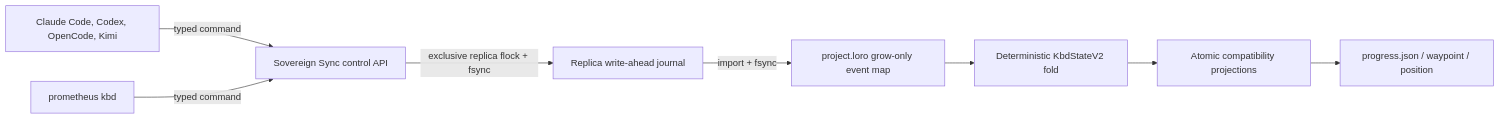
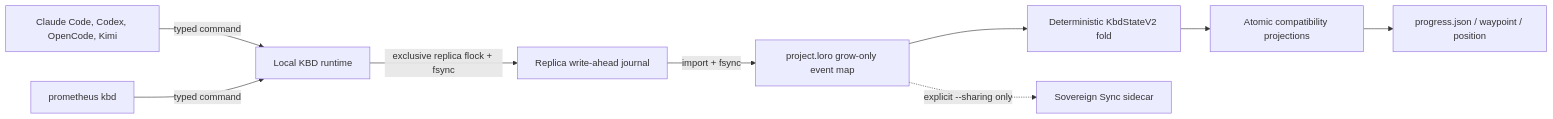
Before and after one commit to Prometheus-AGS/prometheus-skill-system: the diagram in site/docs/kbd/control-plane.md, drawn with Mermaid. The commit also changed other lines of this file and 12 other files, not shown here.

Commit message:
docs(kbd): publish local-first recovery and refresh

````diff
--- a/site/docs/kbd/control-plane.md
+++ b/site/docs/kbd/control-plane.md
@@ -16,10 +17,11 @@
 ```mermaid
 flowchart LR
-    H["Claude Code, Codex, OpenCode, Kimi"] -->|"typed command"| C["Sovereign Sync control API"]
-    CLI["prometheus kbd"] -->|"typed command"| C
-    C -->|"exclusive replica flock + fsync"| E["Replica write-ahead journal"]
+    H["Claude Code, Codex, OpenCode, Kimi"] -->|"typed command"| R["Local KBD runtime"]
+    CLI["prometheus kbd"] -->|"typed command"| R
+    R -->|"exclusive replica flock + fsync"| E["Replica write-ahead journal"]
     E -->|"import + fsync"| L["project.loro grow-only event map"]
     L --> S["Deterministic KbdStateV2 fold"]
     S --> P["Atomic compatibility projections"]
     P --> F["progress.json / waypoint / position"]
+    L -. "explicit --sharing only" .-> SS["Sovereign Sync sidecar"]
 ```
````
